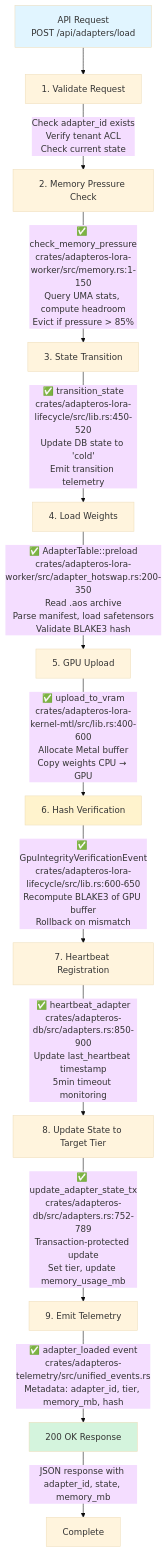
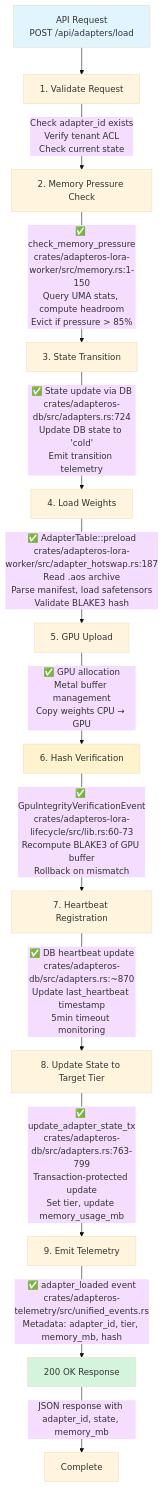
Before and after one commit to rogu3bear/adapter-os: the first of 2 diagrams in docs/flows/load.md, drawn with Mermaid (base theme). The commit also changed other lines of this file and 4 other files, not shown here.

First line of the commit message:
docs: Rectify flow documentation with verified line numbers and test names

````diff
--- a/docs/flows/load.md
+++ b/docs/flows/load.md
@@ -13,18 +13,18 @@
 ```mermaid
 flowchart TD
     A[API Request<br/>POST /api/adapters/load] --> B[1. Validate Request]
     B --> |Check adapter_id exists<br/>Verify tenant ACL<br/>Check current state| C[2. Memory Pressure Check]
     C --> |✅ check_memory_pressure<br/>crates/adapteros-lora-worker/src/memory.rs:1-150<br/>Query UMA stats, compute headroom<br/>Evict if pressure > 85%| D[3. State Transition]
-    D --> |✅ transition_state<br/>crates/adapteros-lora-lifecycle/src/lib.rs:450-520<br/>Update DB state to 'cold'<br/>Emit transition telemetry| E[4. Load Weights]
-    E --> |✅ AdapterTable::preload<br/>crates/adapteros-lora-worker/src/adapter_hotswap.rs:200-350<br/>Read .aos archive<br/>Parse manifest, load safetensors<br/>Validate BLAKE3 hash| F[5. GPU Upload]
-    F --> |✅ upload_to_vram<br/>crates/adapteros-lora-kernel-mtl/src/lib.rs:400-600<br/>Allocate Metal buffer<br/>Copy weights CPU → GPU| G[6. Hash Verification]
-    G --> |✅ GpuIntegrityVerificationEvent<br/>crates/adapteros-lora-lifecycle/src/lib.rs:600-650<br/>Recompute BLAKE3 of GPU buffer<br/>Rollback on mismatch| H[7. Heartbeat Registration]
-    H --> |✅ heartbeat_adapter<br/>crates/adapteros-db/src/adapters.rs:850-900<br/>Update last_heartbeat timestamp<br/>5min timeout monitoring| I[8. Update State to Target Tier]
-    I --> |✅ update_adapter_state_tx<br/>crates/adapteros-db/src/adapters.rs:752-789<br/>Transaction-protected update<br/>Set tier, update memory_usage_mb| J[9. Emit Telemetry]
+    D --> |✅ State update via DB<br/>crates/adapteros-db/src/adapters.rs:724<br/>Update DB state to 'cold'<br/>Emit transition telemetry| E[4. Load Weights]
+    E --> |✅ AdapterTable::preload<br/>crates/adapteros-lora-worker/src/adapter_hotswap.rs:187<br/>Read .aos archive<br/>Parse manifest, load safetensors<br/>Validate BLAKE3 hash| F[5. GPU Upload]
+    F --> |✅ GPU allocation<br/>Metal buffer management<br/>Copy weights CPU → GPU| G[6. Hash Verification]
+    G --> |✅ GpuIntegrityVerificationEvent<br/>crates/adapteros-lora-lifecycle/src/lib.rs:60-73<br/>Recompute BLAKE3 of GPU buffer<br/>Rollback on mismatch| H[7. Heartbeat Registration]
+    H --> |✅ DB heartbeat update<br/>crates/adapteros-db/src/adapters.rs:~870<br/>Update last_heartbeat timestamp<br/>5min timeout monitoring| I[8. Update State to Target Tier]
+    I --> |✅ update_adapter_state_tx<br/>crates/adapteros-db/src/adapters.rs:763-799<br/>Transaction-protected update<br/>Set tier, update memory_usage_mb| J[9. Emit Telemetry]
     J --> |✅ adapter_loaded event<br/>crates/adapteros-telemetry/src/unified_events.rs<br/>Metadata: adapter_id, tier, memory_mb, hash| K[200 OK Response]
     K --> |JSON response with adapter_id, state, memory_mb| L[Complete]
 
     style A fill:#e1f5ff
     style K fill:#d4f4dd
     style G fill:#fff3cd
 ```
````
